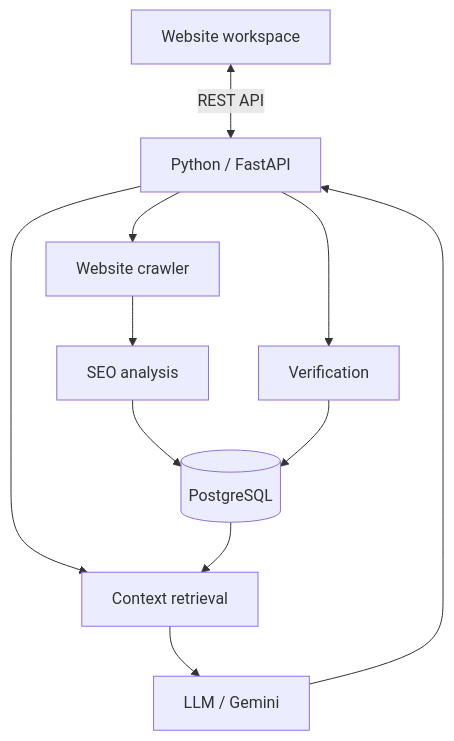
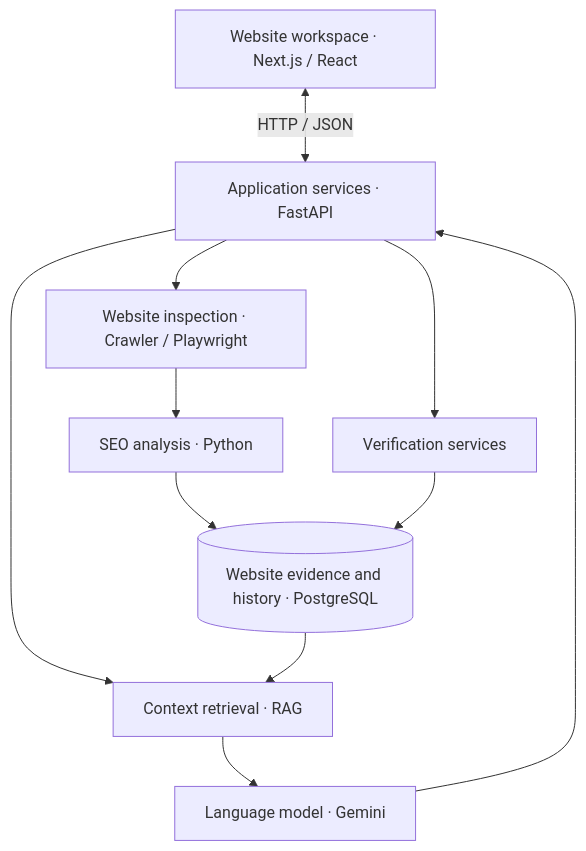
Before and after one commit to aravind9154/aravind9154: the second of 2 diagrams in README.md, drawn with Mermaid. The commit also changed other lines of this file, not shown here.

````diff
--- a/README.md
+++ b/README.md
@@ -32,13 +67,13 @@
 ```mermaid
 flowchart TD
- U[Website workspace] <-->|REST API| B[Python / FastAPI]
- B --> C[Website crawler]
- C --> D[SEO analysis]
- D --> P[(PostgreSQL)]
- B --> V[Verification]
- V --> P
- B --> R[Context retrieval]
- P --> R
- R --> L[LLM / Gemini]
- L --> B
+ UI["Website workspace · Next.js / React"] <-->|HTTP / JSON| API["Application services · FastAPI"]
+ API --> C["Website inspection · Crawler / Playwright"]
+ C --> A["SEO analysis · Python"]
+ A --> DB[("Website evidence and history · PostgreSQL")]
+ API --> R["Context retrieval · RAG"]
+ DB --> R
+ R --> L["Language model · Gemini"]
+ L --> API
+ API --> V["Verification services"]
+ V --> DB
 ```
````
